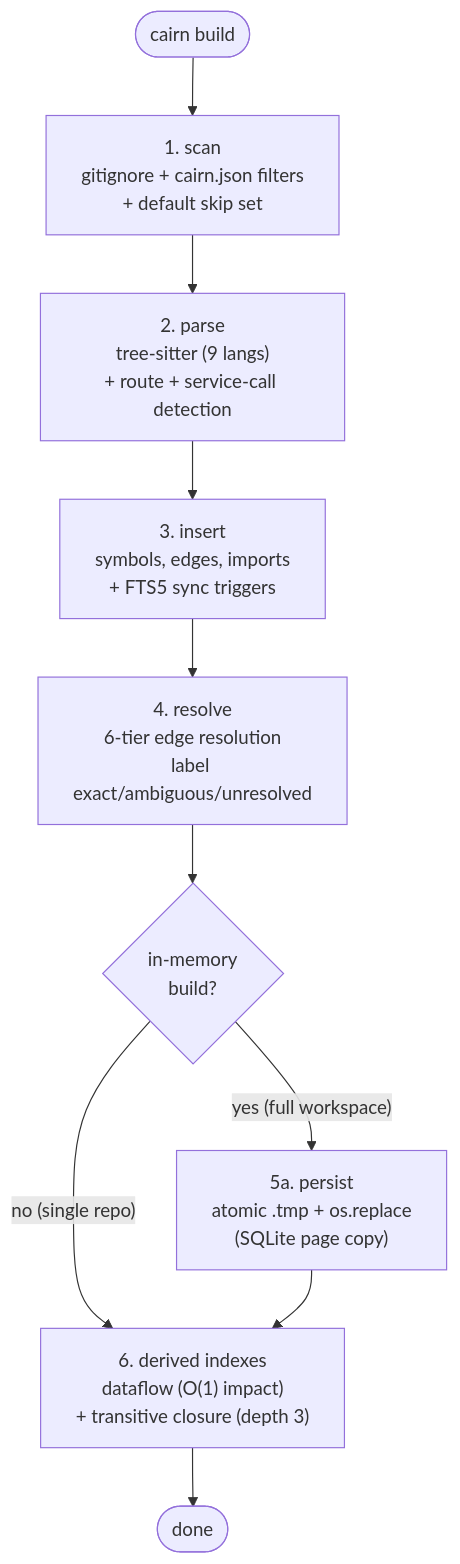
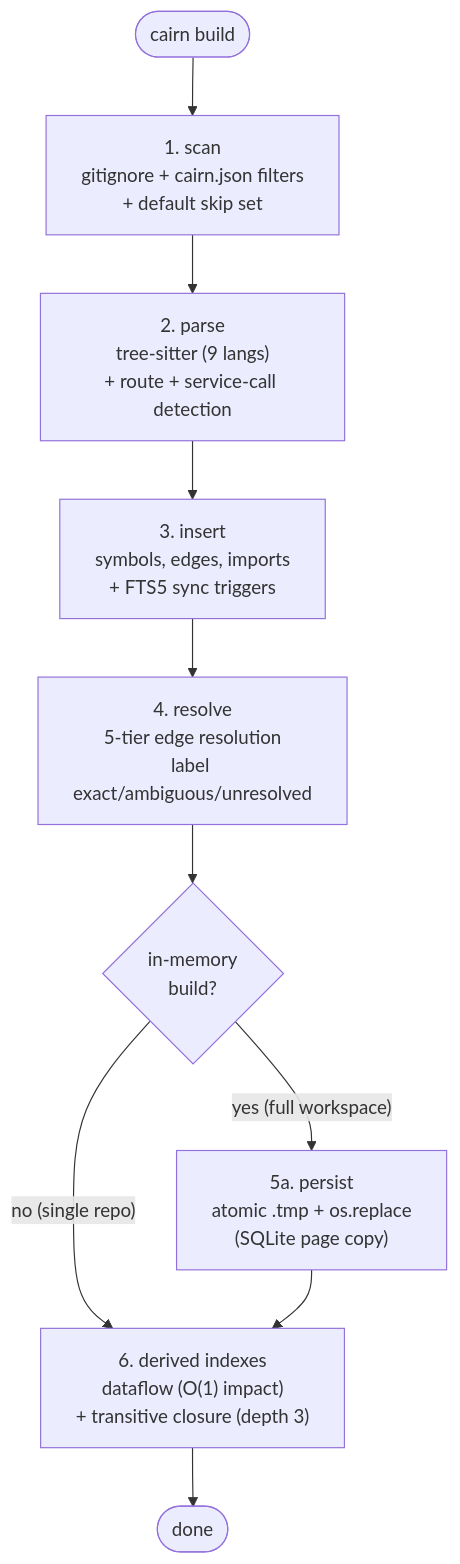
The fourth of 11 diagrams in docs/architecture-overview.md (tanlnm512/cairn), drawn with Mermaid before and after one commit. The commit also changed other lines of this file and 42 other files, not shown here.

````diff
--- a/docs/architecture-overview.md
+++ b/docs/architecture-overview.md
@@ -148,12 +148,12 @@
 ```mermaid
 flowchart TB
     START([cairn build]) --> SCAN["1. scan<br/>gitignore + cairn.json filters<br/>+ default skip set"]
     SCAN --> PARSE["2. parse<br/>tree-sitter (9 langs)<br/>+ route + service-call detection"]
     PARSE --> INSERT["3. insert<br/>symbols, edges, imports<br/>+ FTS5 sync triggers"]
-    INSERT --> RESOLVE["4. resolve<br/>6-tier edge resolution<br/>label exact/ambiguous/unresolved"]
+    INSERT --> RESOLVE["4. resolve<br/>5-tier edge resolution<br/>label exact/ambiguous/unresolved"]
     RESOLVE --> PERSIST{in-memory<br/>build?}
     PERSIST -- "yes (full workspace)" --> SWAP["5a. persist<br/>atomic .tmp + os.replace<br/>(SQLite page copy)"]
     PERSIST -- "no (single repo)" --> DERIVED
     SWAP --> DERIVED["6. derived indexes<br/>dataflow (O(1) impact)<br/>+ transitive closure (depth 3)"]
     DERIVED --> DONE([done])
 ```
````
